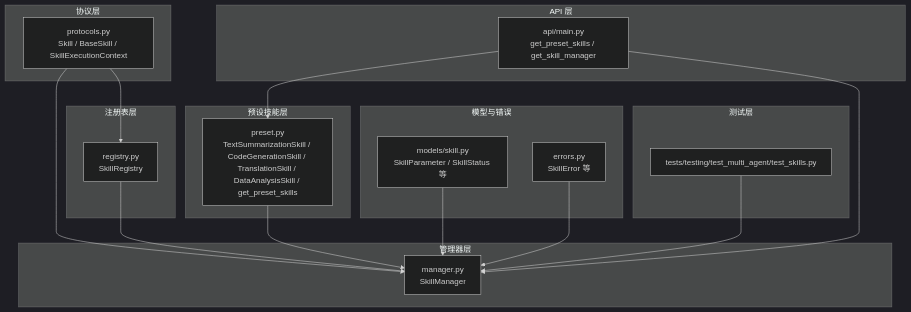
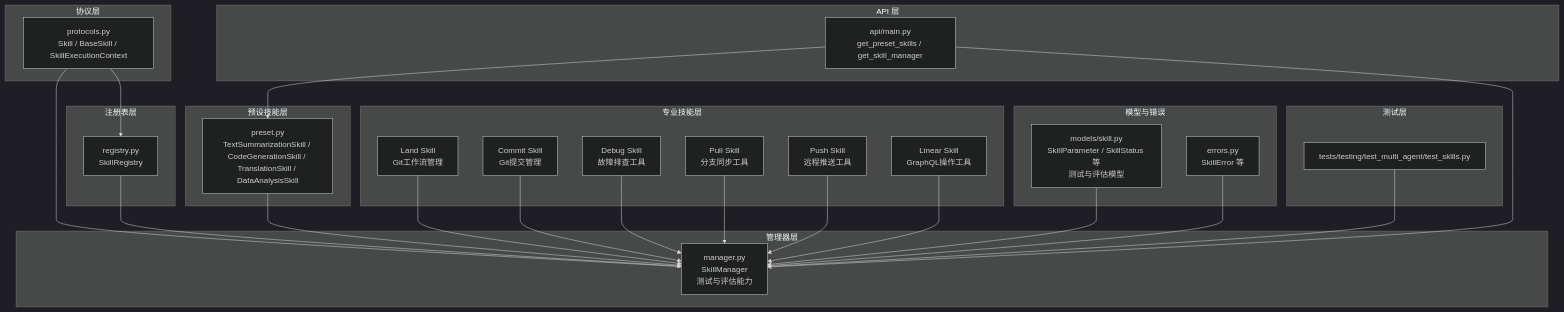
Before and after one commit to xinetzone/tao: the first of 6 diagrams in .qoder/repowiki/zh/content/多智能体系统/技能系统/技能系统.md, drawn with Mermaid (dark theme). The commit also changed other lines of this file and 5 other files, not shown here.

````diff
--- a/.qoder/repowiki/zh/content/多智能体系统/技能系统/技能系统.md
+++ b/.qoder/repowiki/zh/content/多智能体系统/技能系统/技能系统.md
@@ -41,34 +57,48 @@
 ```mermaid
 graph TB
 subgraph "协议层"
 P1["protocols.py<br/>Skill / BaseSkill / SkillExecutionContext"]
 end
 subgraph "注册表层"
 R1["registry.py<br/>SkillRegistry"]
 end
 subgraph "管理器层"
-M1["manager.py<br/>SkillManager"]
+M1["manager.py<br/>SkillManager<br/>测试与评估能力"]
 end
 subgraph "预设技能层"
-S1["preset.py<br/>TextSummarizationSkill / CodeGenerationSkill / TranslationSkill / DataAnalysisSkill / get_preset_skills"]
+S1["preset.py<br/>TextSummarizationSkill / CodeGenerationSkill / TranslationSkill / DataAnalysisSkill"]
+end
+subgraph "专业技能层"
+PS1["Land Skill<br/>Git工作流管理"]
+PS2["Commit Skill<br/>Git提交管理"]
+PS3["Debug Skill<br/>故障排查工具"]
+PS4["Pull Skill<br/>分支同步工具"]
+PS5["Push Skill<br/>远程推送工具"]
+PS6["Linear Skill<br/>GraphQL操作工具"]
 end
 subgraph "模型与错误"
-E1["models/skill.py<br/>SkillParameter / SkillStatus 等"]
+E1["models/skill.py<br/>SkillParameter / SkillStatus 等<br/>测试与评估模型"]
 ERR["errors.py<br/>SkillError 等"]
 end
 subgraph "测试层"
 T1["tests/testing/test_multi_agent/test_skills.py"]
 end
 subgraph "API 层"
 A1["api/main.py<br/>get_preset_skills / get_skill_manager"]
 end
 P1 --> R1
 P1 --> M1
 R1 --> M1
 S1 --> M1
+PS1 --> M1
+PS2 --> M1
+PS3 --> M1
+PS4 --> M1
+PS5 --> M1
+PS6 --> M1
 E1 --> M1
 ERR --> M1
 T1 --> M1
 A1 --> S1
 A1 --> M1
 ```
````
